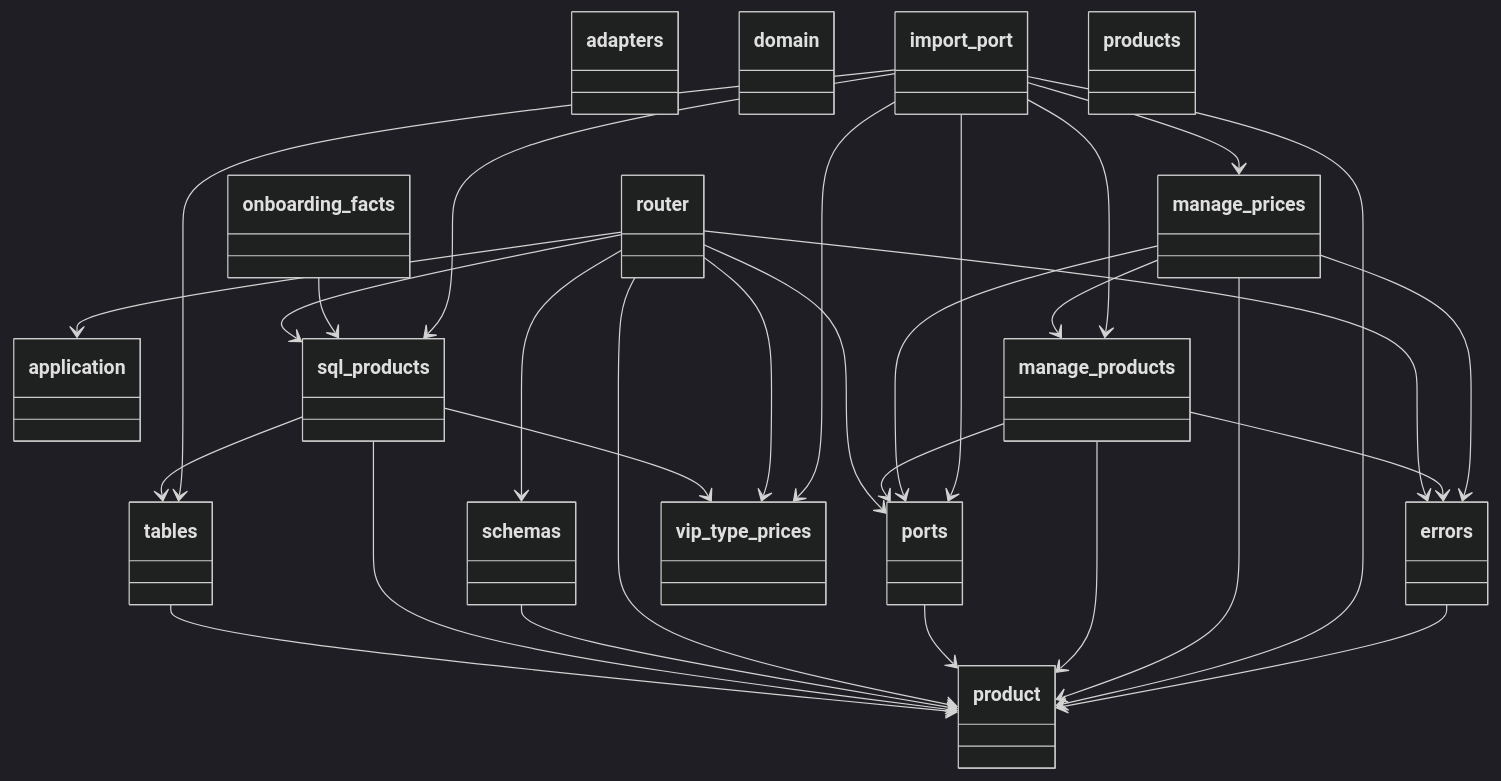
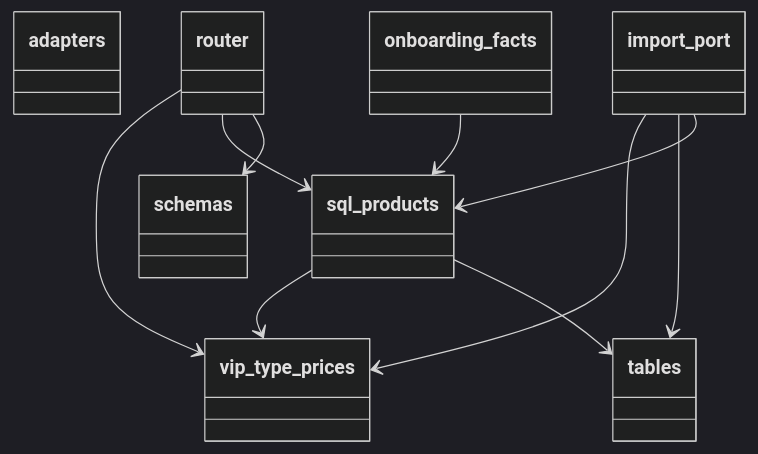
The third of 6 diagrams in docs/architecture/generated/classes/products.md (GonzaloZevallos/apostrophe), drawn with Mermaid (dark theme) before and after one commit. The commit also changed other lines of this file, not shown here.

Commit message:
chore(docs): regenerate [skip ci]

````diff
--- a/docs/architecture/generated/classes/products.md
+++ b/docs/architecture/generated/classes/products.md
@@ -7,64 +47,28 @@
 ```mermaid
 classDiagram
   class adapters {
   }
-  class application {
-  }
-  class domain {
-  }
-  class errors {
-  }
   class import_port {
   }
-  class manage_prices {
-  }
-  class manage_products {
-  }
   class onboarding_facts {
-  }
-  class ports {
-  }
-  class product {
-  }
-  class products {
   }
   class router {
   }
   class schemas {
   }
   class sql_products {
   }
   class tables {
   }
   class vip_type_prices {
   }
-  errors --> product
-  import_port --> manage_prices
-  import_port --> manage_products
-  import_port --> ports
-  import_port --> product
   import_port --> sql_products
   import_port --> tables
   import_port --> vip_type_prices
-  manage_prices --> errors
-  manage_prices --> manage_products
-  manage_prices --> ports
-  manage_prices --> product
-  manage_products --> errors
-  manage_products --> ports
-  manage_products --> product
   onboarding_facts --> sql_products
-  ports --> product
-  router --> application
-  router --> errors
-  router --> ports
-  router --> product
   router --> schemas
   router --> sql_products
   router --> vip_type_prices
-  schemas --> product
-  sql_products --> product
   sql_products --> tables
   sql_products --> vip_type_prices
-  tables --> product
 ```
````
